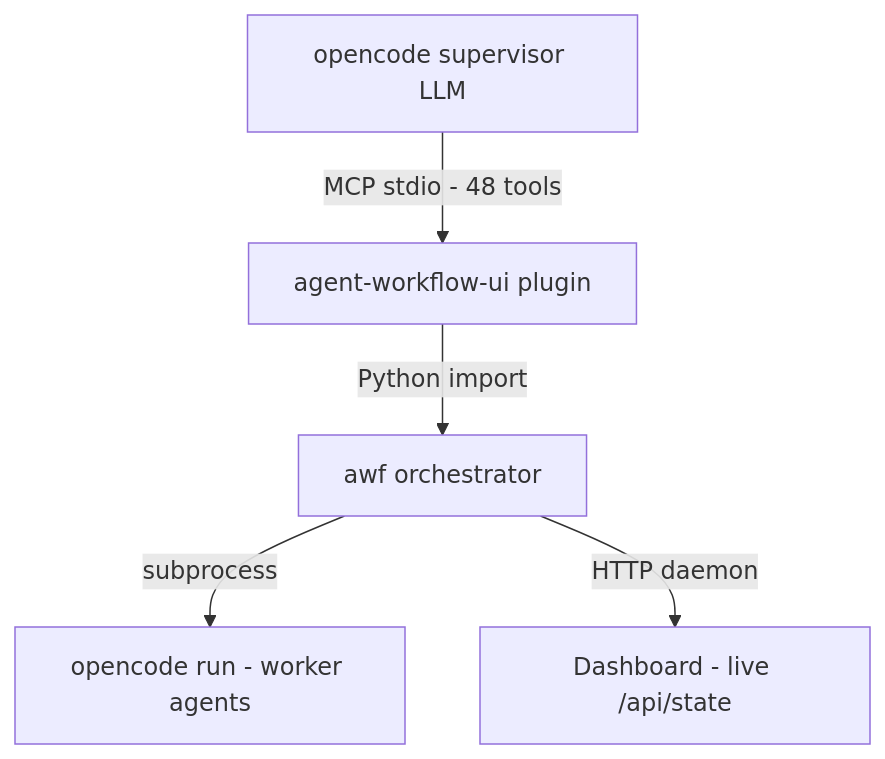
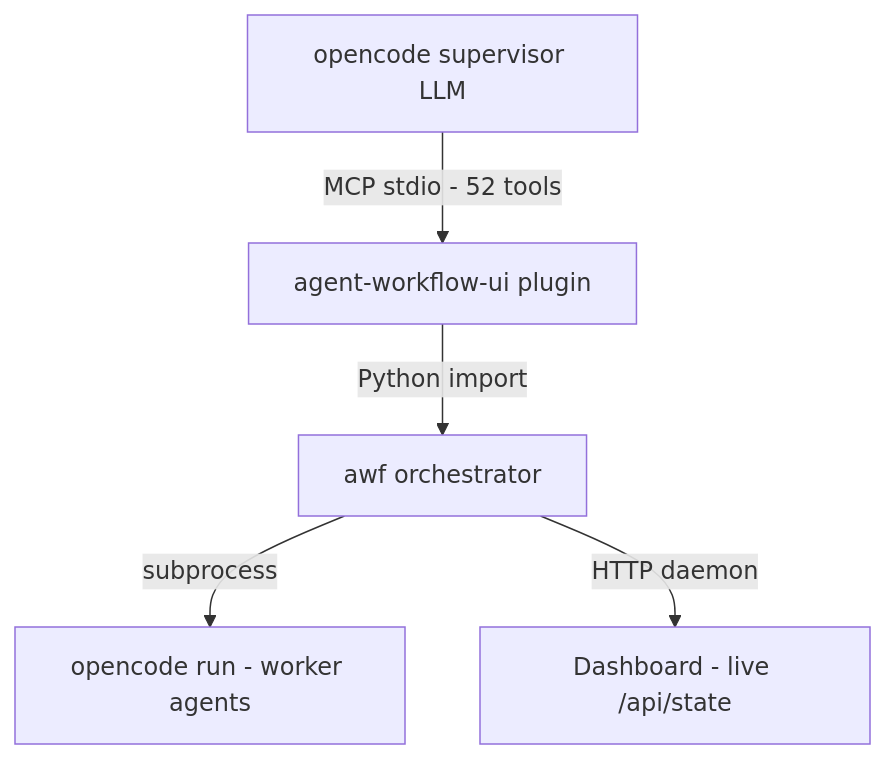
One commit to EnerJizeIT/agentic-workflow changed the second of 2 diagrams in README.md. Above: the diagram before and after it, drawn with Mermaid. The commit also changed other lines of this file and 26 other files, not shown here.

````diff
--- a/README.md
+++ b/README.md
@@ -91,7 +91,7 @@
 ```mermaid
 graph TD
-    A[opencode supervisor LLM] -->|MCP stdio - 48 tools| B[agent-workflow-ui plugin]
+    A[opencode supervisor LLM] -->|MCP stdio - 52 tools| B[agent-workflow-ui plugin]
     B -->|Python import| C[awf orchestrator]
     C -->|subprocess| D[opencode run - worker agents]
     C -->|HTTP daemon| E[Dashboard - live /api/state]
 ```
````
